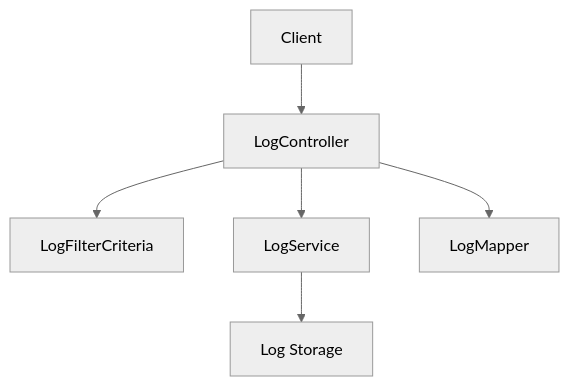
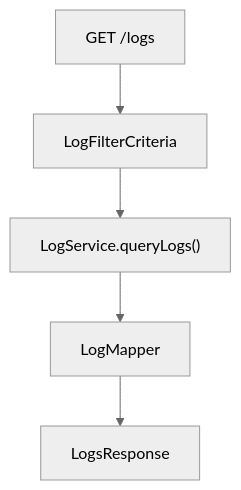
One commit to Praesto-Pro/openframe-oss-tenant changed the fourth of 7 diagrams in docs/architecture/external-api-service-core/external-api-service-core.md. Above: the diagram before and after it, drawn with Mermaid (neutral theme). The commit also changed other lines of this file and 149 other files, not shown here.

````diff
--- a/docs/architecture/external-api-service-core/external-api-service-core.md
+++ b/docs/architecture/external-api-service-core/external-api-service-core.md
@@ -220,8 +214,7 @@
 ```mermaid
 flowchart TD
-    Client --> LogController
-    LogController --> LogFilterCriteria
-    LogController --> LogService
-    LogService --> LogStorage["Log Storage"]
-    LogController --> LogMapper
+    Request["GET /logs"] --> BuildFilter["LogFilterCriteria"]
+    BuildFilter --> Service["LogService.queryLogs()"]
+    Service --> Mapper["LogMapper"]
+    Mapper --> Response["LogsResponse"]
 ```
````
